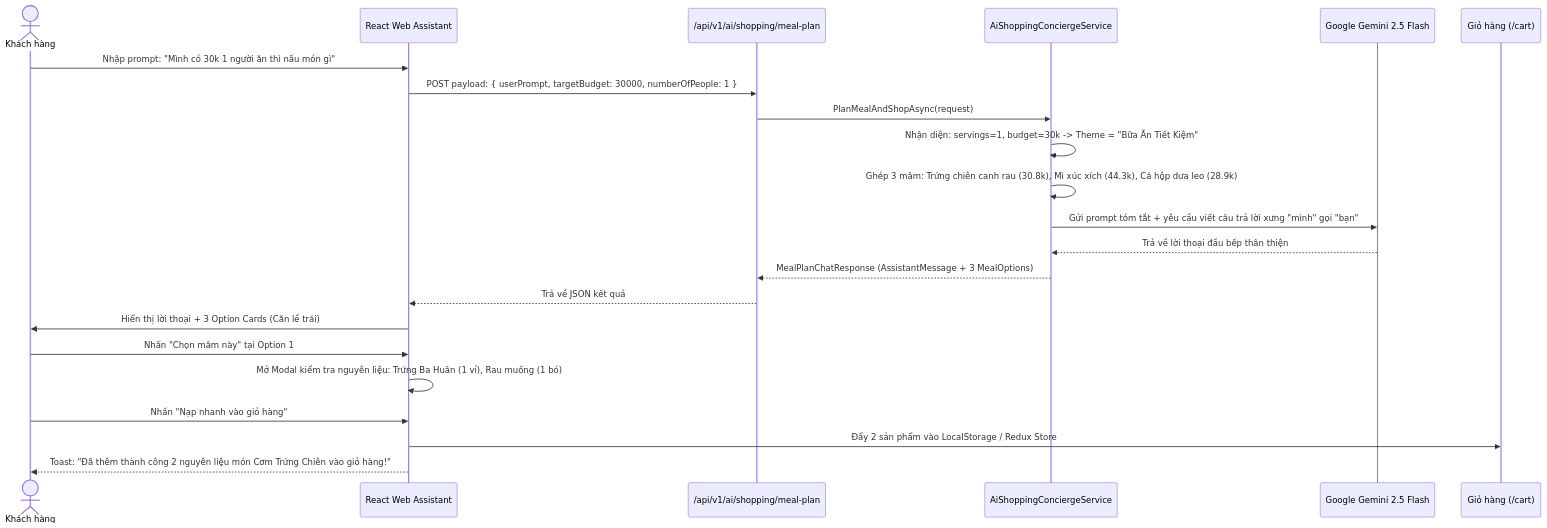
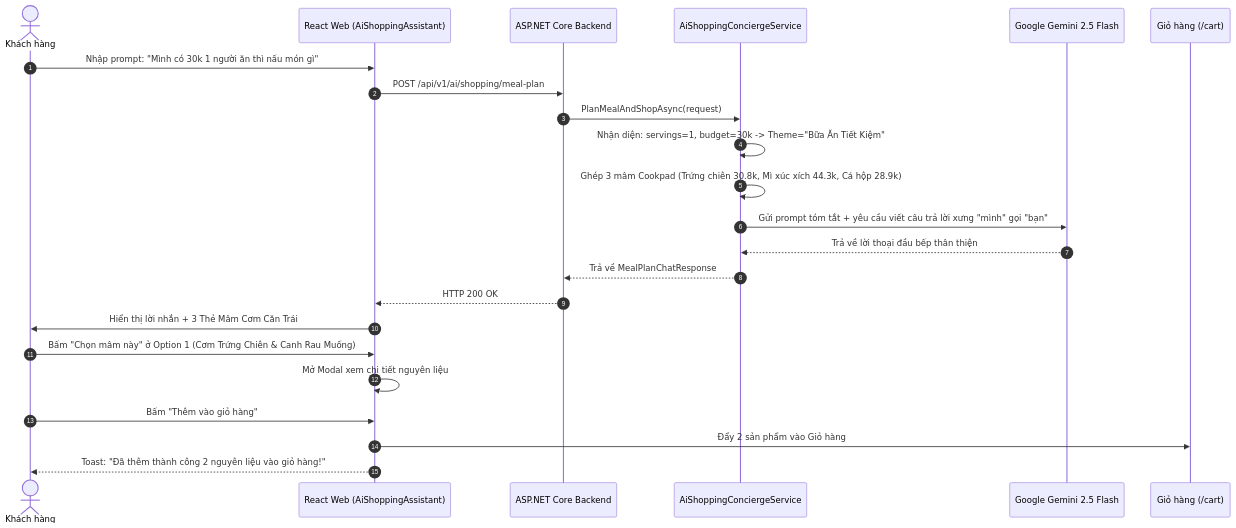
The fourth of 4 diagrams in docs/10_AI/06_Workflow.md (huykhang666/smart-supermarket), drawn with Mermaid before and after one commit. The commit also changed other lines of this file and 10 other files, not shown here.

````diff
--- a/docs/10_AI/06_Workflow.md
+++ b/docs/10_AI/06_Workflow.md
@@ -93,25 +118,26 @@
 ```mermaid
 sequenceDiagram
+    autonumber
     actor User as Khách hàng
-    participant Web as React Web Assistant
-    participant API as /api/v1/ai/shopping/meal-plan
+    participant Web as React Web (AiShoppingAssistant)
+    participant API as ASP.NET Core Backend
     participant Concierge as AiShoppingConciergeService
     participant LLM as Google Gemini 2.5 Flash
     participant Cart as Giỏ hàng (/cart)
 
     User->>Web: Nhập prompt: "Mình có 30k 1 người ăn thì nấu món gì"
-    Web->>API: POST payload: { userPrompt, targetBudget: 30000, numberOfPeople: 1 }
+    Web->>API: POST /api/v1/ai/shopping/meal-plan
     API->>Concierge: PlanMealAndShopAsync(request)
-    Concierge->>Concierge: Nhận diện: servings=1, budget=30k -> Theme = "Bữa Ăn Tiết Kiệm"
-    Concierge->>Concierge: Ghép 3 mâm: Trứng chiên canh rau (30.8k), Mì xúc xích (44.3k), Cá hộp dưa leo (28.9k)
+    Concierge->>Concierge: Nhận diện: servings=1, budget=30k -> Theme="Bữa Ăn Tiết Kiệm"
+    Concierge->>Concierge: Ghép 3 mâm Cookpad (Trứng chiên 30.8k, Mì xúc xích 44.3k, Cá hộp 28.9k)
     Concierge->>LLM: Gửi prompt tóm tắt + yêu cầu viết câu trả lời xưng "mình" gọi "bạn"
     LLM-->>Concierge: Trả về lời thoại đầu bếp thân thiện
-    Concierge-->>API: MealPlanChatResponse (AssistantMessage + 3 MealOptions)
-    API-->>Web: Trả về JSON kết quả
-    Web->>User: Hiển thị lời thoại + 3 Option Cards (Căn lề trái)
-    User->>Web: Nhấn "Chọn mâm này" tại Option 1
-    Web->>Web: Mở Modal kiểm tra nguyên liệu: Trứng Ba Huân (1 vỉ), Rau muống (1 bó)
-    User->>Web: Nhấn "Nạp nhanh vào giỏ hàng"
-    Web->>Cart: Đẩy 2 sản phẩm vào LocalStorage / Redux Store
-    Web-->>User: Toast: "Đã thêm thành công 2 nguyên liệu món Cơm Trứng Chiên vào giỏ hàng!"
+    Concierge-->>API: Trả về MealPlanChatResponse
+    API-->>Web: HTTP 200 OK
+    Web->>User: Hiển thị lời nhắn + 3 Thẻ Mâm Cơm Căn Trái
+    User->>Web: Bấm "Chọn mâm này" ở Option 1 (Cơm Trứng Chiên & Canh Rau Muống)
+    Web->>Web: Mở Modal xem chi tiết nguyên liệu
+    User->>Web: Bấm "Thêm vào giỏ hàng"
+    Web->>Cart: Đẩy 2 sản phẩm vào Giỏ hàng
+    Web-->>User: Toast: "Đã thêm thành công 2 nguyên liệu vào giỏ hàng!"
 ```
````
